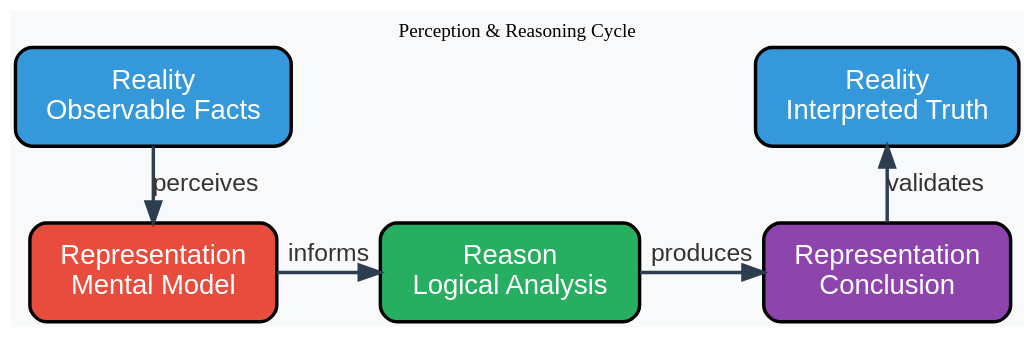
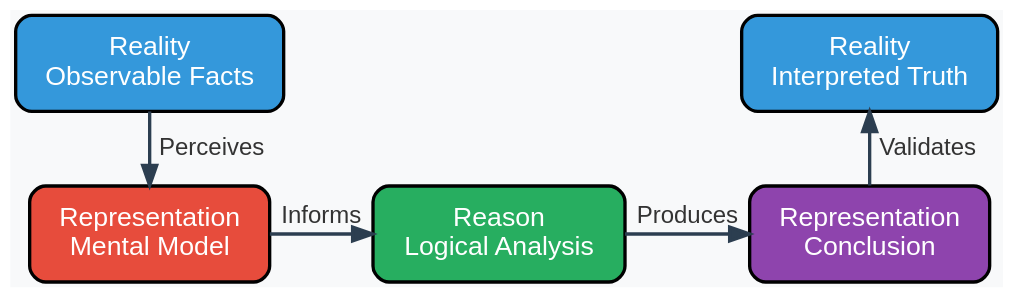
Before and after one commit to gpsaggese-org/umd_classes: the diagram in msml610/lectures_source/Lesson01.1.aux.md, drawn with Graphviz. The commit also changed 1 other file, not shown here.

Commit message:
Update
Pre-commit checks:
All checks passed ✅

````diff
--- a/msml610/lectures_source/Lesson01.1.aux.md
+++ b/msml610/lectures_source/Lesson01.1.aux.md
@@ -812,78 +812,71 @@
 ```graphviz
 digraph G {
     rankdir=TB;
     bgcolor="#f8f9fa";
 
     node [
         shape=box,
         style="rounded,filled",
         fontsize=20,
         fontname="Helvetica, Arial",
         fontcolor=white,
         margin="0.3,0.2"
     ];
 
     edge [
         fontsize=18,
         fontname="Helvetica, Arial",
         fontcolor="#333333",
         color="#2c3e50",
         penwidth=2.5,
         arrowsize=1.5
     ];
 
     // Top row - Reality nodes
     R1 [
         label="Reality\nObservable Facts",
         fillcolor="#3498db",
         penwidth=2.5,
         color="#000000"
     ];
 
     R2 [
         label="Reality\nInterpreted Truth",
         fillcolor="#3498db",
         penwidth=2.5,
         color="#000000"
     ];
 
     // Middle row - Core process
     Repr1 [
         label="Representation\nMental Model",
         fillcolor="#e74c3c",
         penwidth=2.5,
         color="#000000"
     ];
 
     Reason [
         label="Reason\nLogical Analysis",
         fillcolor="#27ae60",
         penwidth=2.5,
         color="#000000"
     ];
 
     Repr2 [
         label="Representation\nConclusion",
         fillcolor="#8e44ad",
         penwidth=2.5,
         color="#000000"
     ];
 
     // Enforce layout
     {rank=same; R1; R2}
     {rank=same; Repr1; Reason; Repr2}
 
     // Process flow
-    R1 -> Repr1 [label="perceives"];
-    Repr1 -> Reason [label="informs"];
-    Reason -> Repr2 [label="produces"];
-    Repr2 -> R2 [label="validates"];
-
-    // Styling
-    label="Perception & Reasoning Cycle";
-    labelloc=top;
-    labelfontsize=24;
-    labelfontcolor="#1a1a1a";
-    margin="0.3";
+    R1 -> Repr1 [label="  Perceives"];
+    Repr1 -> Reason [label="Informs"];
+    Reason -> Repr2 [label="Produces"];
+    Repr2 -> R2 [label="  Validates"];
 }
 ```
````
